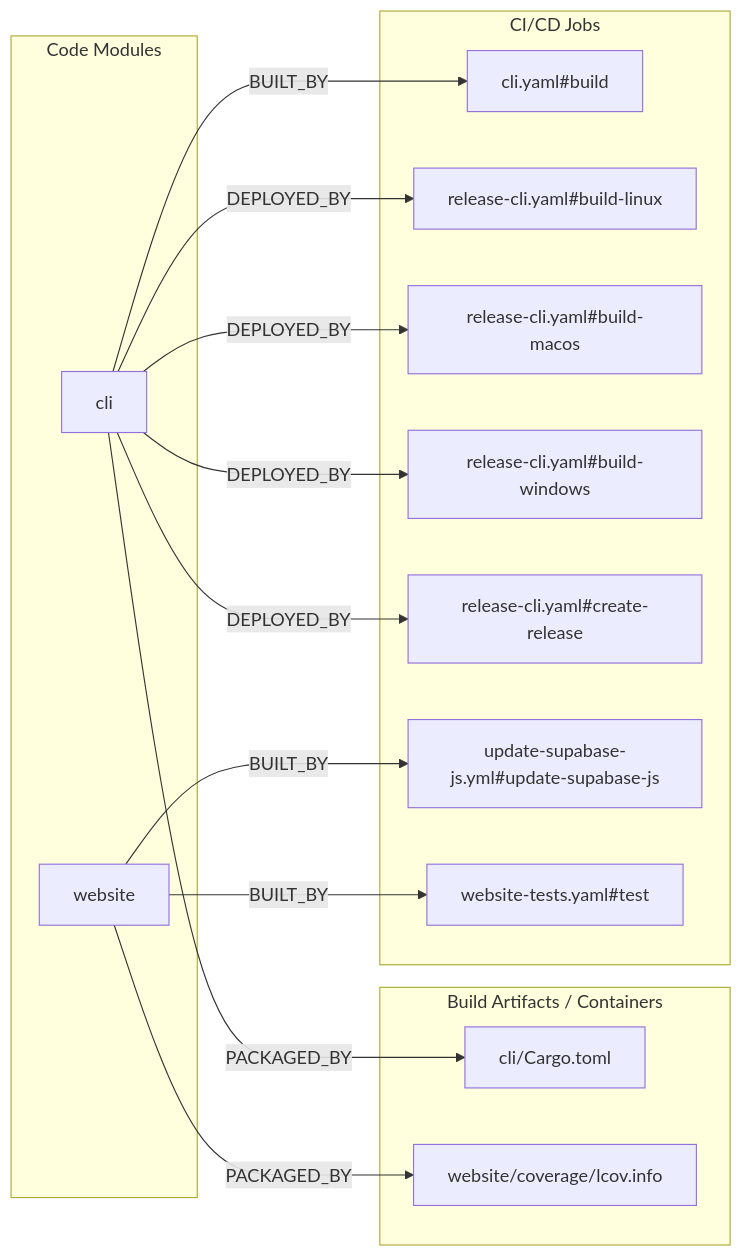
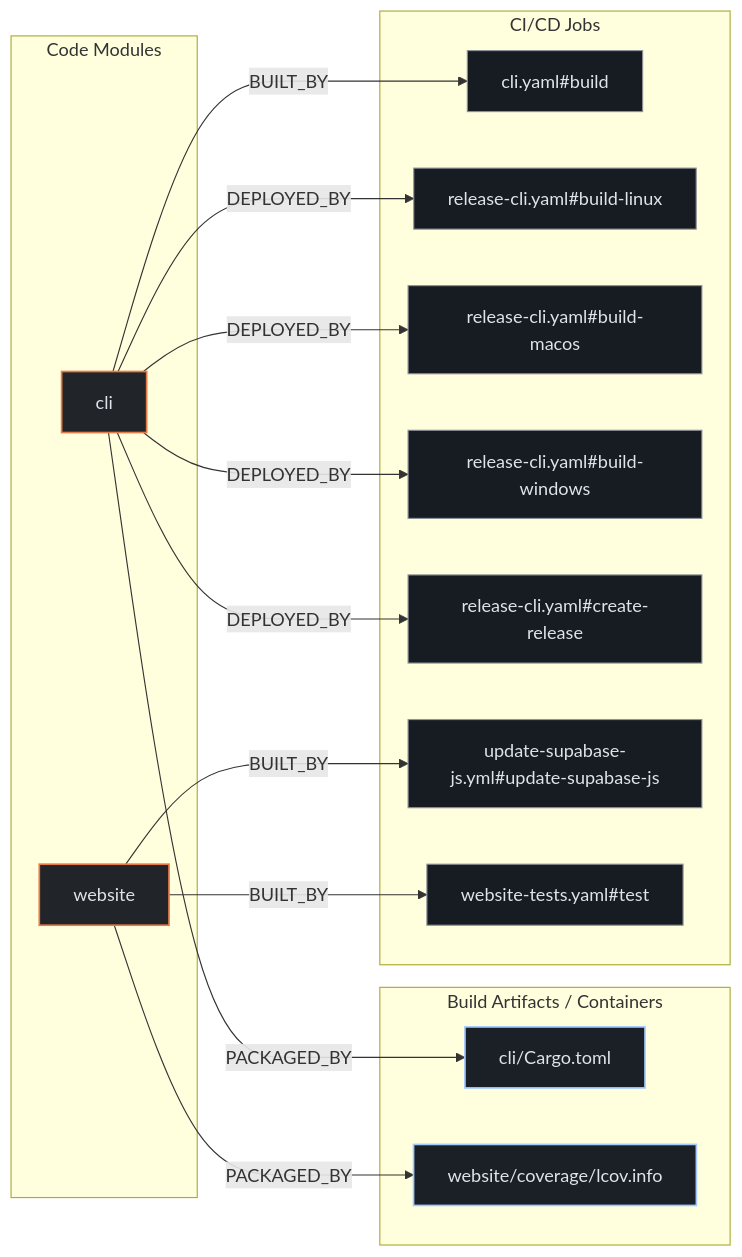
The second of 3 diagrams in exports/latest/reports/supabase-dbdev-report.md (kumarshaz/atruss-code-atlas), drawn with Mermaid before and after one commit. The commit also changed other lines of this file and 331 other files, not shown here.

Commit message:
docs,ui,fix: update SDLC docs, reorder CI/CD DAG first, stylize Mermaid, and fix Arc42 pipeline topology

````diff
--- a/exports/latest/reports/supabase-dbdev-report.md
+++ b/exports/latest/reports/supabase-dbdev-report.md
@@ -156,29 +163,33 @@
 ```mermaid
 flowchart LR
+    classDef atlasCategory fill:#212428,stroke:#E87A48,stroke-width:1.5px,color:#dfe3eb
+    classDef atlasWorkflow fill:#1b2026,stroke:#a3c9ff,stroke-width:1.5px,color:#dfe3eb
+    classDef atlasJob fill:#171c22,stroke:#8d9199,stroke-width:1px,color:#dfe3eb
+    classDef atlasTarget fill:#005227,stroke:#8bd99b,stroke-width:1.5px,color:#a7f6b6
     subgraph code_modules["Code Modules"]
-        mod_cli["cli"]
-        mod_website["website"]
+        mod_cli["cli"]:::atlasCategory
+        mod_website["website"]:::atlasCategory
     end
     subgraph build_artifacts["Build Artifacts / Containers"]
-        art_cli_Cargo_toml["cli/Cargo.toml"]
-        art_website_coverage_lcov_info["website/coverage/lcov.info"]
+        art_cli_Cargo_toml["cli/Cargo.toml"]:::atlasWorkflow
+        art_website_coverage_lcov_info["website/coverage/lcov.info"]:::atlasWorkflow
     end
     subgraph ci_jobs["CI/CD Jobs"]
-        job_cli_yaml_build["cli.yaml#build"]
-        job_release_cli_yaml_build_linux["release-cli.yaml#build-linux"]
-        job_release_cli_yaml_build_macos["release-cli.yaml#build-macos"]
-        job_release_cli_yaml_build_windows["release-cli.yaml#build-windows"]
-        job_release_cli_yaml_create_release["release-cli.yaml#create-release"]
-        job_update_supabase_js_yml_update_supabase_js["update-supabase-js.yml#update-supabase-js"]
-        job_website_tests_yaml_test["website-tests.yaml#test"]
+        job_cli_yaml_build["cli.yaml#build"]:::atlasJob
+        job_release_cli_yaml_build_linux["release-cli.yaml#build-linux"]:::atlasJob
+        job_release_cli_yaml_build_macos["release-cli.yaml#build-macos"]:::atlasJob
+        job_release_cli_yaml_build_windows["release-cli.yaml#build-windows"]:::atlasJob
+        job_release_cli_yaml_create_release["release-cli.yaml#create-release"]:::atlasJob
+        job_update_supabase_js_yml_update_supabase_js["update-supabase-js.yml#update-supabase-js"]:::atlasJob
+        job_website_tests_yaml_test["website-tests.yaml#test"]:::atlasJob
     end
     mod_cli -->|BUILT_BY| job_cli_yaml_build
     mod_cli -->|DEPLOYED_BY| job_release_cli_yaml_build_linux
     mod_cli -->|DEPLOYED_BY| job_release_cli_yaml_build_macos
     mod_cli -->|DEPLOYED_BY| job_release_cli_yaml_build_windows
     mod_cli -->|DEPLOYED_BY| job_release_cli_yaml_create_release
     mod_cli -->|PACKAGED_BY| art_cli_Cargo_toml
     mod_website -->|BUILT_BY| job_update_supabase_js_yml_update_supabase_js
     mod_website -->|BUILT_BY| job_website_tests_yaml_test
     mod_website -->|PACKAGED_BY| art_website_coverage_lcov_info
 ```
````
